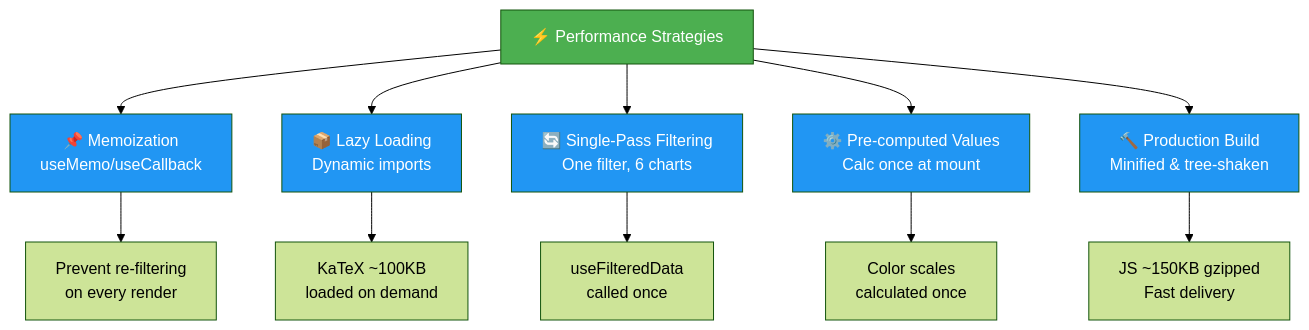
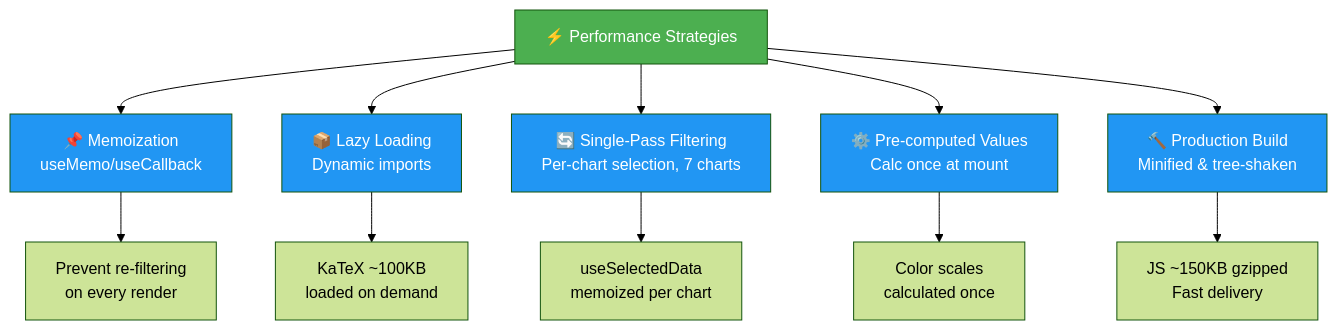
Before and after one commit to RetroHazard/JP_Immigration_Dashboard: diagram 12 of 16 in ARCHITECTURE.md, drawn with Mermaid (forest theme). The commit also changed other lines of this file and 1 other file, not shown here.

First line of the commit message:
Bring ARCHITECTURE.md and DEVELOPMENT.md up to date with the Civic Glass rebuild

````diff
--- a/ARCHITECTURE.md
+++ b/ARCHITECTURE.md
@@ -433,23 +460,23 @@
 ```mermaid
 graph TD
     PERF["⚡ Performance Strategies"]
     
     PERF --> MEMO["📌 Memoization<br/>useMemo/useCallback"]
     PERF --> LAZY["📦 Lazy Loading<br/>Dynamic imports"]
-    PERF --> SINGLE["🔄 Single-Pass Filtering<br/>One filter, 6 charts"]
+    PERF --> SINGLE["🔄 Single-Pass Filtering<br/>Per-chart selection, 7 charts"]
     PERF --> PRECOMP["⚙️ Pre-computed Values<br/>Calc once at mount"]
     PERF --> BUILD["🔨 Production Build<br/>Minified & tree-shaken"]
     
     MEMO --> EXAMPLE1["Prevent re-filtering<br/>on every render"]
     LAZY --> EXAMPLE2["KaTeX ~100KB<br/>loaded on demand"]
-    SINGLE --> EXAMPLE3["useFilteredData<br/>called once"]
+    SINGLE --> EXAMPLE3["useSelectedData<br/>memoized per chart"]
     PRECOMP --> EXAMPLE4["Color scales<br/>calculated once"]
     BUILD --> EXAMPLE5["JS ~150KB gzipped<br/>Fast delivery"]
     
     style PERF fill:#4CAF50,color:#fff
     style MEMO fill:#2196F3,color:#fff
     style LAZY fill:#2196F3,color:#fff
     style SINGLE fill:#2196F3,color:#fff
     style PRECOMP fill:#2196F3,color:#fff
     style BUILD fill:#2196F3,color:#fff
 ```
````
